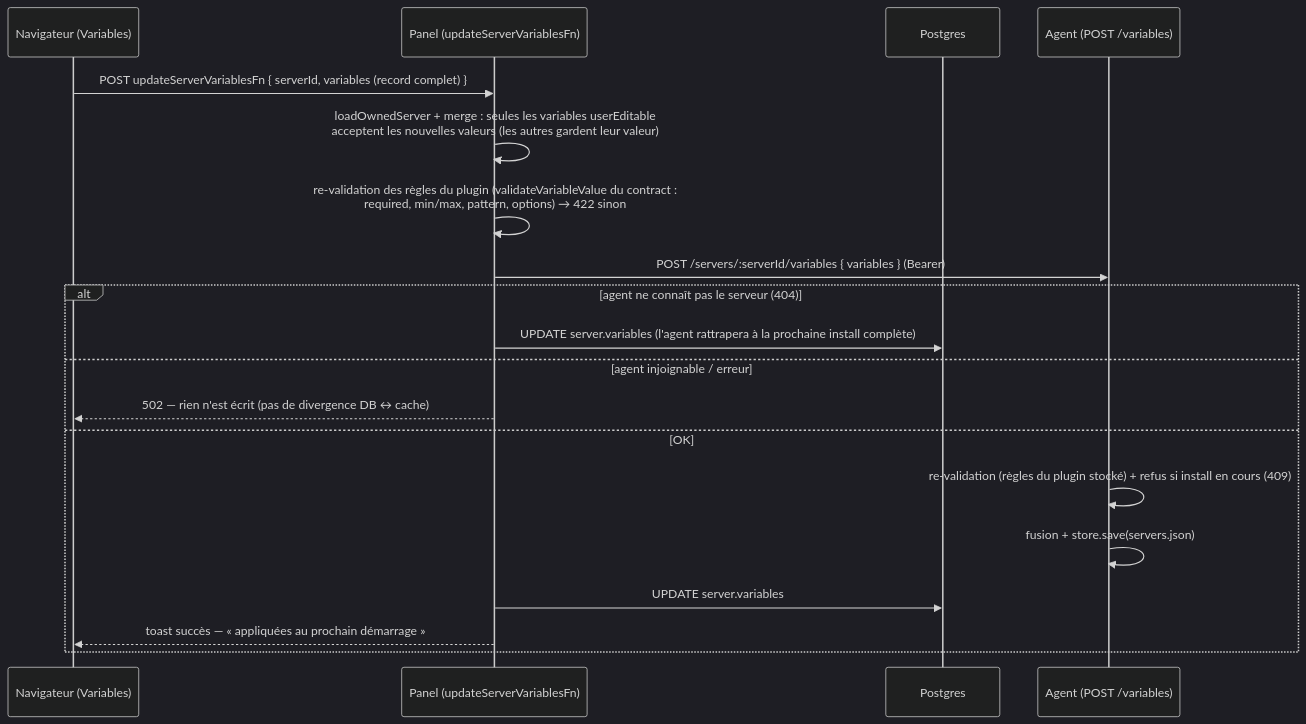
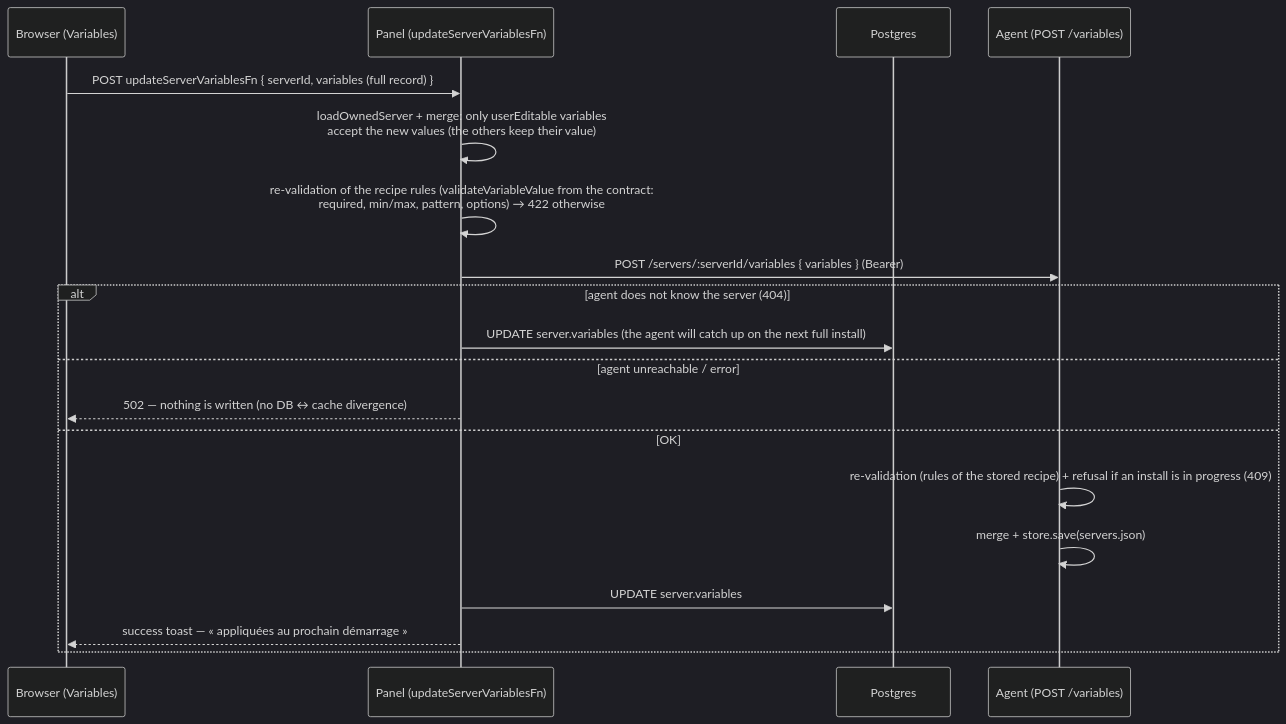
The eighth of 9 diagrams in docs/communications.md (mojito-panel/panel), drawn with Mermaid (dark theme) before and after one commit. The commit also changed other lines of this file and 81 other files, not shown here.

First line of the commit message:
feat: allocations (Pelican-style), plugin->recipe rename, English tests & docs

````diff
--- a/docs/communications.md
+++ b/docs/communications.md
@@ -249,22 +249,22 @@
 ```mermaid
 sequenceDiagram
-    participant N as Navigateur (Variables)
+    participant N as Browser (Variables)
     participant P as Panel (updateServerVariablesFn)
     participant D as Postgres
     participant A as Agent (POST /variables)
 
-    N->>P: POST updateServerVariablesFn { serverId, variables (record complet) }
-    P->>P: loadOwnedServer + merge : seules les variables userEditable<br/>acceptent les nouvelles valeurs (les autres gardent leur valeur)
-    P->>P: re-validation des règles du plugin (validateVariableValue du contract :<br/>required, min/max, pattern, options) → 422 sinon
+    N->>P: POST updateServerVariablesFn { serverId, variables (full record) }
+    P->>P: loadOwnedServer + merge: only userEditable variables<br/>accept the new values (the others keep their value)
+    P->>P: re-validation of the recipe rules (validateVariableValue from the contract:<br/>required, min/max, pattern, options) → 422 otherwise
     P->>A: POST /servers/:serverId/variables { variables } (Bearer)
-    alt agent ne connaît pas le serveur (404)
-        P->>D: UPDATE server.variables (l'agent rattrapera à la prochaine install complète)
-    else agent injoignable / erreur
-        P-->>N: 502 — rien n'est écrit (pas de divergence DB ↔ cache)
+    alt agent does not know the server (404)
+        P->>D: UPDATE server.variables (the agent will catch up on the next full install)
+    else agent unreachable / error
+        P-->>N: 502 — nothing is written (no DB ↔ cache divergence)
     else OK
-        A->>A: re-validation (règles du plugin stocké) + refus si install en cours (409)
-        A->>A: fusion + store.save(servers.json)
+        A->>A: re-validation (rules of the stored recipe) + refusal if an install is in progress (409)
+        A->>A: merge + store.save(servers.json)
         P->>D: UPDATE server.variables
-        P-->>N: toast succès — « appliquées au prochain démarrage »
+        P-->>N: success toast — « appliquées au prochain démarrage »
     end
 ```
````
